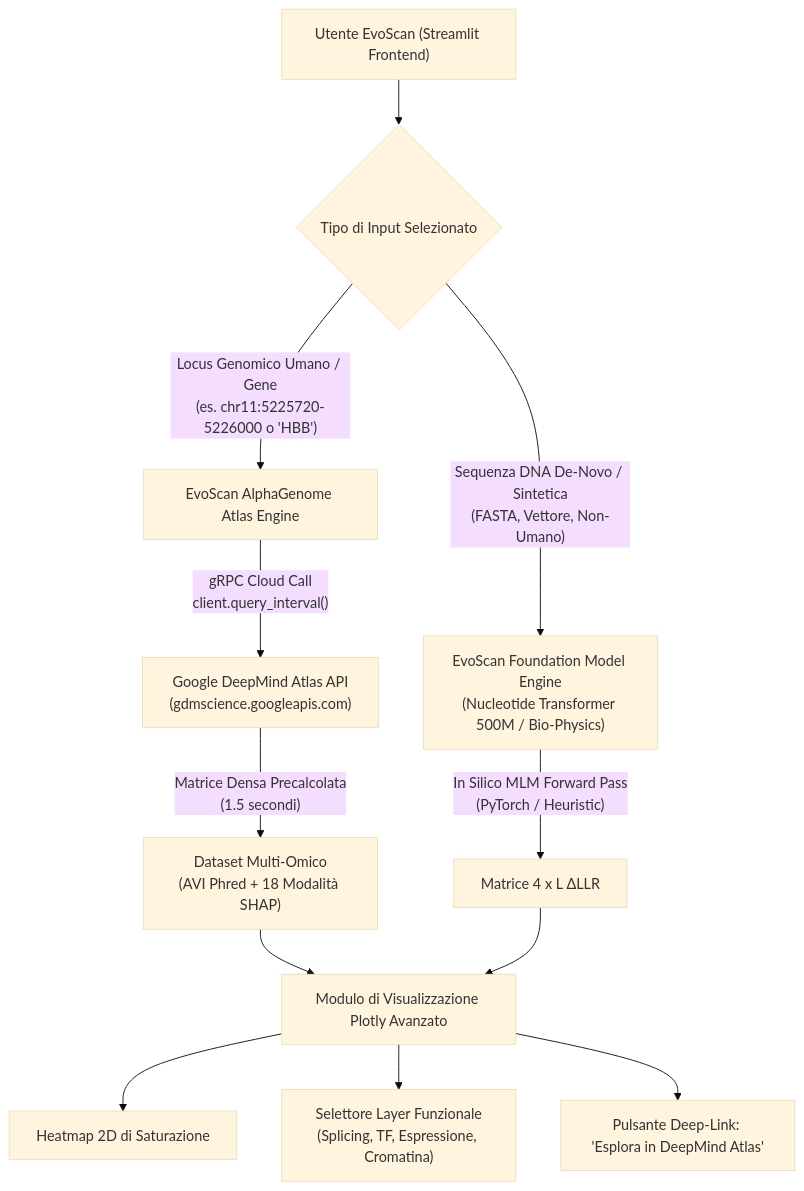
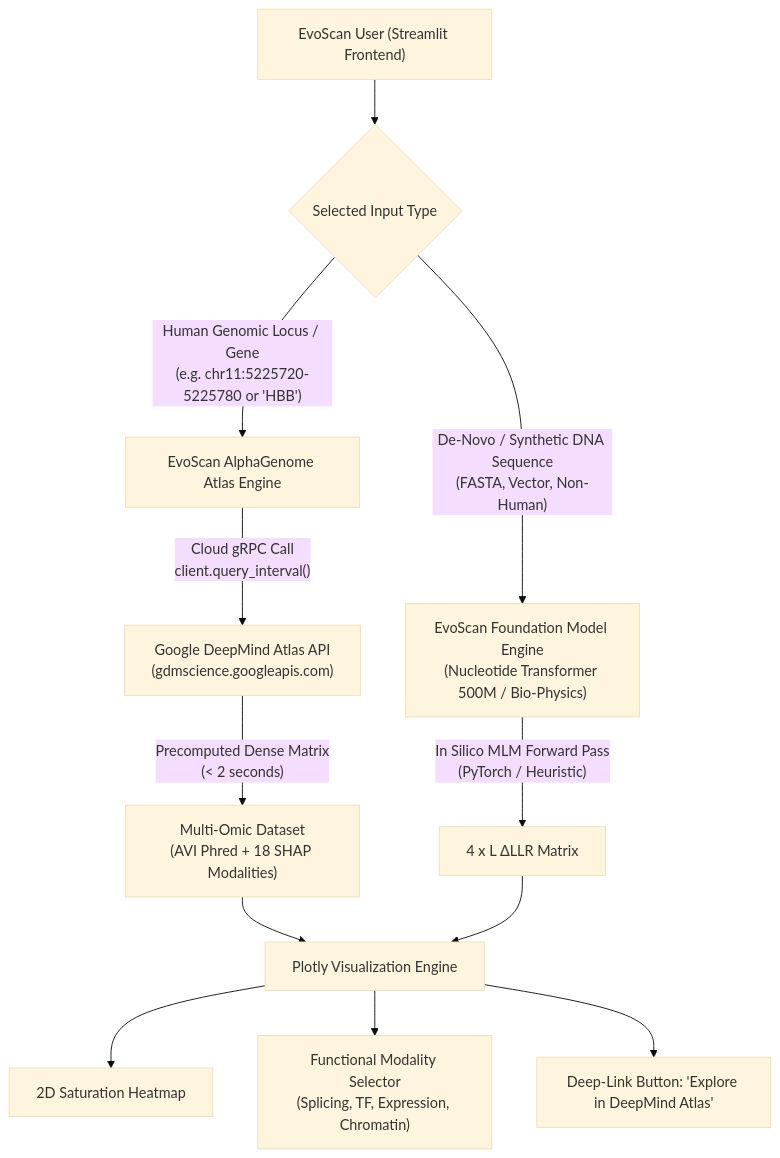
One commit to davide6600/EvoScan changed the diagram in EVOSCAN_ALPHAGENOME_INTEGRATION.md. Above: the diagram before and after it, drawn with Mermaid (base theme). The commit also changed other lines of this file and 5 other files, not shown here.

````diff
--- a/EVOSCAN_ALPHAGENOME_INTEGRATION.md
+++ b/EVOSCAN_ALPHAGENOME_INTEGRATION.md
@@ -40,19 +40,19 @@
 ```mermaid
 flowchart TD
-    UI["Utente EvoScan (Streamlit Frontend)"] --> Choice{"Tipo di Input Selezionato"}
+    UI["EvoScan User (Streamlit Frontend)"] --> Choice{"Selected Input Type"}
     
-    Choice -->|"Locus Genomico Umano / Gene\n(es. chr11:5225720-5226000 o 'HBB')"| AtlasEngine["EvoScan AlphaGenome Atlas Engine"]
-    Choice -->|"Sequenza DNA De-Novo / Sintetica\n(FASTA, Vettore, Non-Umano)"| LocalEngine["EvoScan Foundation Model Engine\n(Nucleotide Transformer 500M / Bio-Physics)"]
+    Choice -->|"Human Genomic Locus / Gene\n(e.g. chr11:5225720-5225780 or 'HBB')"| AtlasEngine["EvoScan AlphaGenome Atlas Engine"]
+    Choice -->|"De-Novo / Synthetic DNA Sequence\n(FASTA, Vector, Non-Human)"| LocalEngine["EvoScan Foundation Model Engine\n(Nucleotide Transformer 500M / Bio-Physics)"]
     
-    AtlasEngine -->|"gRPC Cloud Call\nclient.query_interval()"| AtlasService["Google DeepMind Atlas API\n(gdmscience.googleapis.com)"]
-    AtlasService -->|"Matrice Densa Precalcolata\n(1.5 secondi)"| AtlasData["Dataset Multi-Omico\n(AVI Phred + 18 Modalità SHAP)"]
+    AtlasEngine -->|"Cloud gRPC Call\nclient.query_interval()"| AtlasService["Google DeepMind Atlas API\n(gdmscience.googleapis.com)"]
+    AtlasService -->|"Precomputed Dense Matrix\n(< 2 seconds)"| AtlasData["Multi-Omic Dataset\n(AVI Phred + 18 SHAP Modalities)"]
     
-    LocalEngine -->|"In Silico MLM Forward Pass\n(PyTorch / Heuristic)"| LocalData["Matrice 4 x L ΔLLR"]
+    LocalEngine -->|"In Silico MLM Forward Pass\n(PyTorch / Heuristic)"| LocalData["4 x L ΔLLR Matrix"]
     
-    AtlasData --> Viz["Modulo di Visualizzazione Plotly Avanzato"]
+    AtlasData --> Viz["Plotly Visualization Engine"]
     LocalData --> Viz
     
-    Viz --> Heatmap["Heatmap 2D di Saturazione"]
-    Viz --> LayerToggle["Selettore Layer Funzionale\n(Splicing, TF, Espressione, Cromatina)"]
-    Viz --> DeepLinks["Pulsante Deep-Link: 'Esplora in DeepMind Atlas'"]
+    Viz --> Heatmap["2D Saturation Heatmap"]
+    Viz --> LayerToggle["Functional Modality Selector\n(Splicing, TF, Expression, Chromatin)"]
+    Viz --> DeepLinks["Deep-Link Button: 'Explore in DeepMind Atlas'"]
 ```
````
